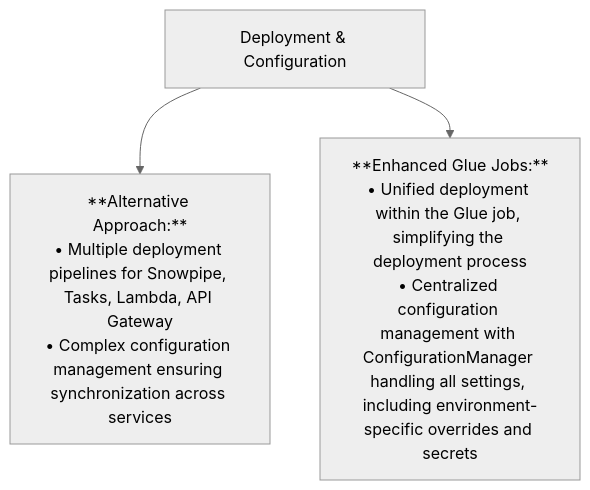
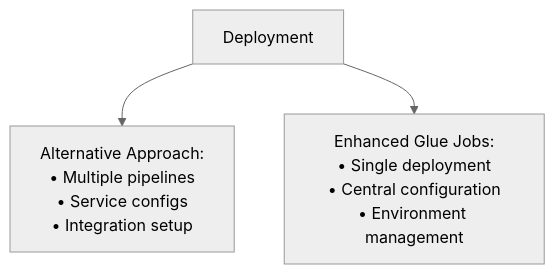
Diagram 16 of 17 in mermaid.md (veronelazio/wezterm), drawn with Mermaid (neutral theme) before and after one commit. The commit also changed other lines of this file, not shown here.

````diff
--- a/mermaid.md
+++ b/mermaid.md
@@ -185,8 +145,5 @@
-``` mermaid
+```mermaid
 flowchart TD
-    %% Deployment & Configuration
-    N1["Deployment & Configuration"]
-    N1 --> N2["**Alternative Approach:**<br>• Multiple deployment pipelines for Snowpipe, Tasks, Lambda, API Gateway<br>• Complex configuration management ensuring synchronization across services"]
-    N1 --> N3["**Enhanced Glue Jobs:**<br>• Unified deployment within the Glue job, simplifying the deployment process<br>• Centralized configuration management with ConfigurationManager handling all settings, including environment-specific overrides and secrets"]
-
+    N1["Deployment"] --> N2["Alternative Approach:<br/>• Multiple pipelines<br/>• Service configs<br/>• Integration setup"]
+    N1 --> N3["Enhanced Glue Jobs:<br/>• Single deployment<br/>• Central configuration<br/>• Environment management"]
 ```
````
